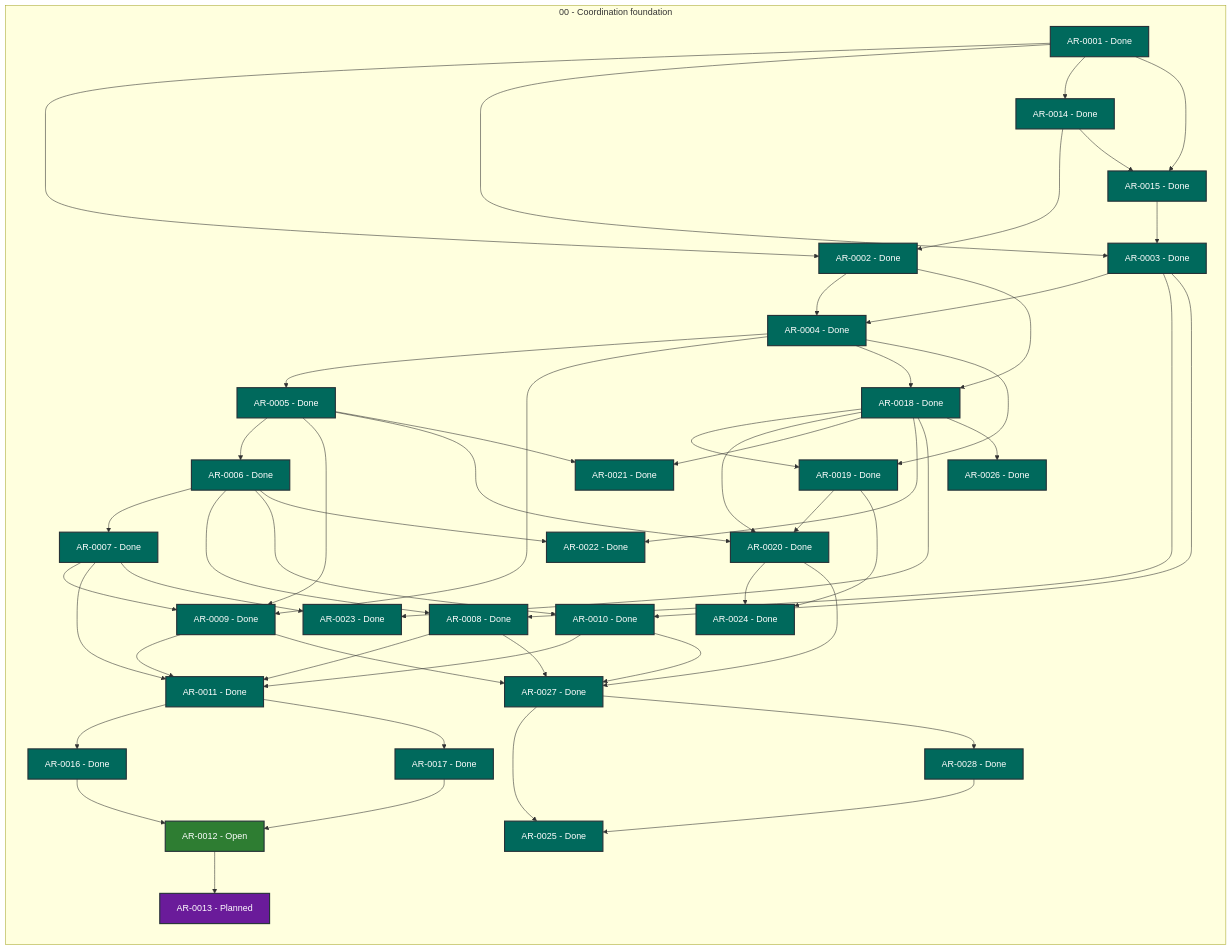
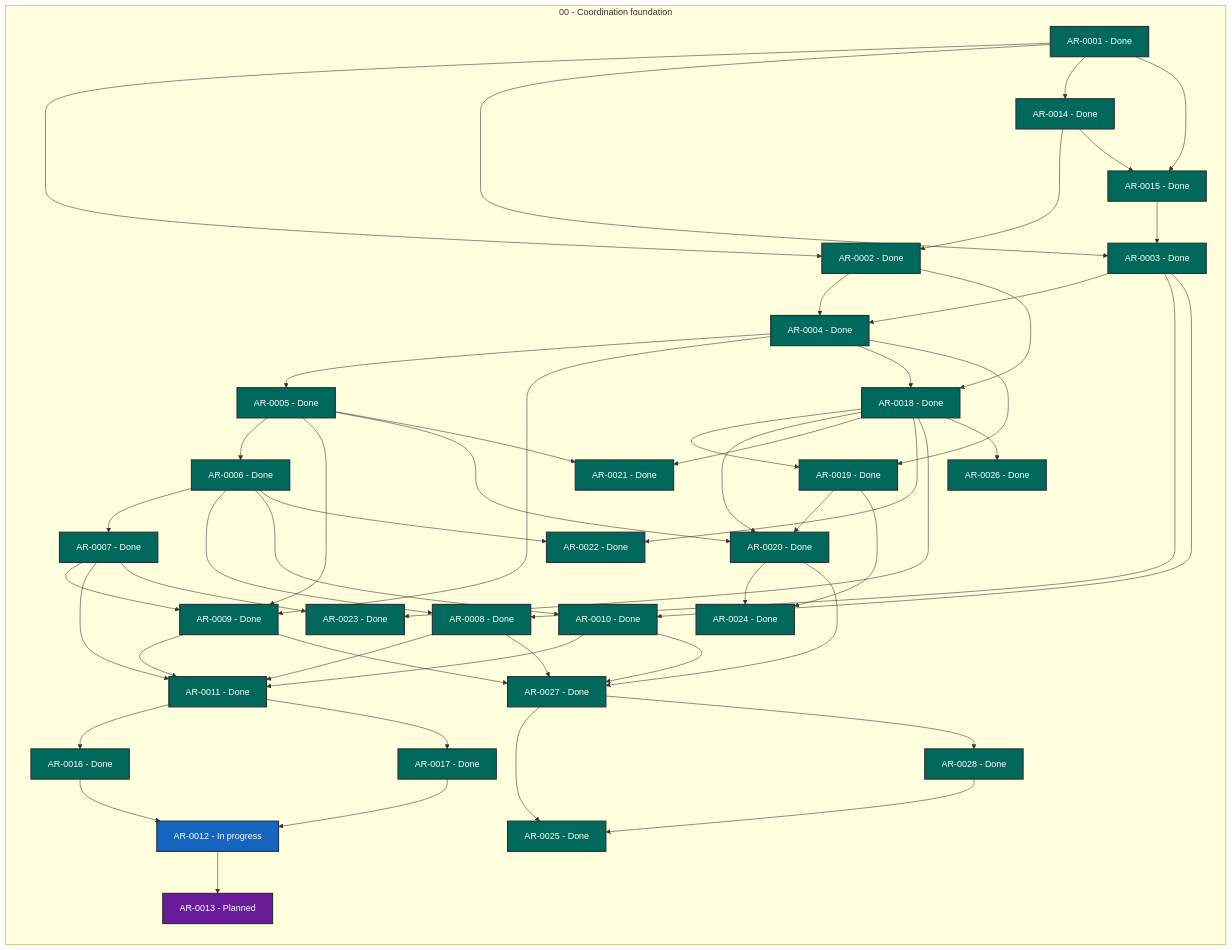
One commit to martin-beck/agent-workflow-tui-state changed the diagram in STATUS.md. Above: the diagram before and after it, drawn with Mermaid. The commit also changed other lines of this file and 2 other files, not shown here.

```diff
--- a/STATUS.md
+++ b/STATUS.md
@@ -39,7 +39,7 @@
         AR_0009["AR-0009 - Done"]:::status_done
         AR_0010["AR-0010 - Done"]:::status_done
         AR_0011["AR-0011 - Done"]:::status_done
-        AR_0012["AR-0012 - Open"]:::status_open
+        AR_0012["AR-0012 - In progress"]:::status_in_progress
         AR_0013["AR-0013 - Planned"]:::status_planned
         AR_0014["AR-0014 - Done"]:::status_done
         AR_0015["AR-0015 - Done"]:::status_done
```
